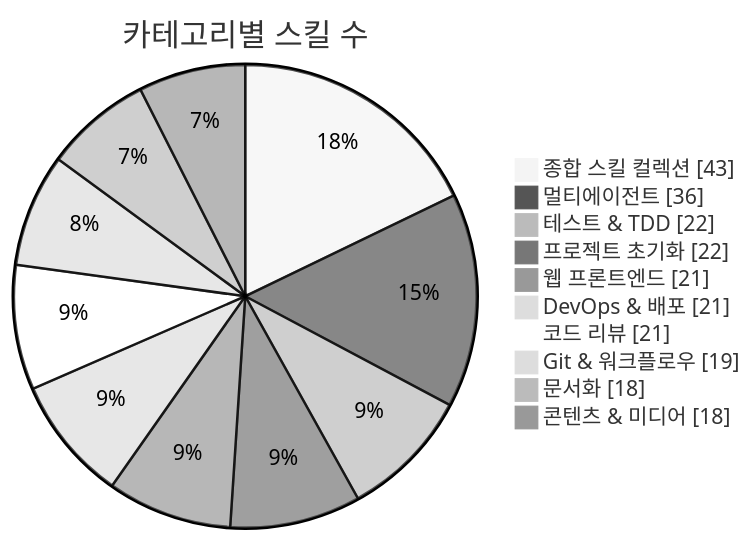
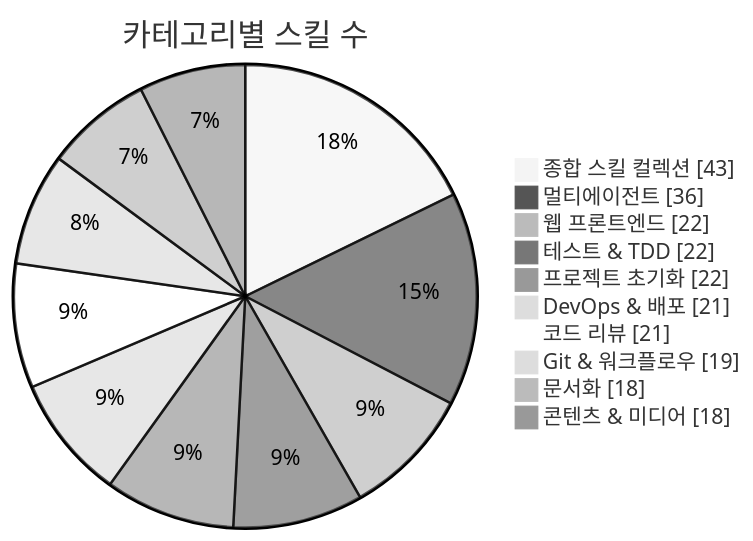
The first of 3 diagrams in README.md (J-nowcow/awesome-korean-agent-skills), drawn with Mermaid (neutral theme) before and after one commit. The commit also changed other lines of this file and 4 other files, not shown here.

````diff
--- a/README.md
+++ b/README.md
@@ -176,14 +176,14 @@
 ```mermaid
 pie showData
     title 카테고리별 스킬 수
     "종합 스킬 컬렉션" : 43
     "멀티에이전트" : 36
+    "웹 프론트엔드" : 22
     "테스트 & TDD" : 22
     "프로젝트 초기화" : 22
-    "웹 프론트엔드" : 21
     "DevOps & 배포" : 21
     "코드 리뷰" : 21
     "Git & 워크플로우" : 19
     "문서화" : 18
     "콘텐츠 & 미디어" : 18
 ```
````
